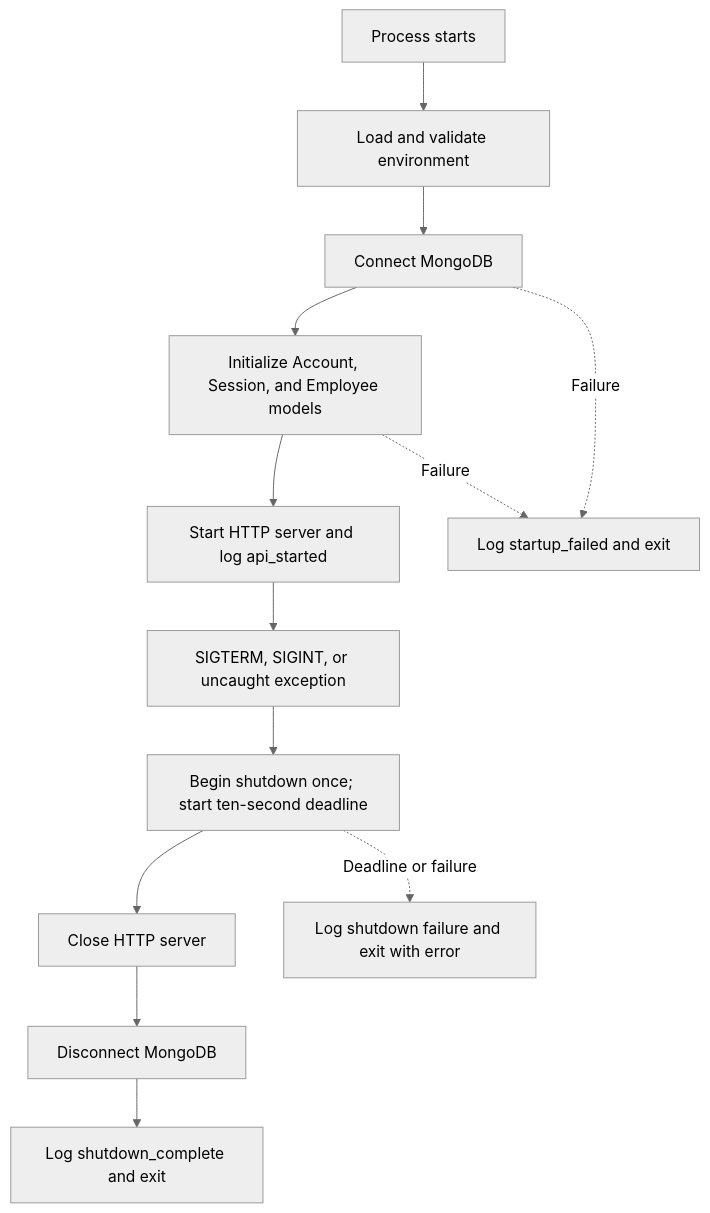
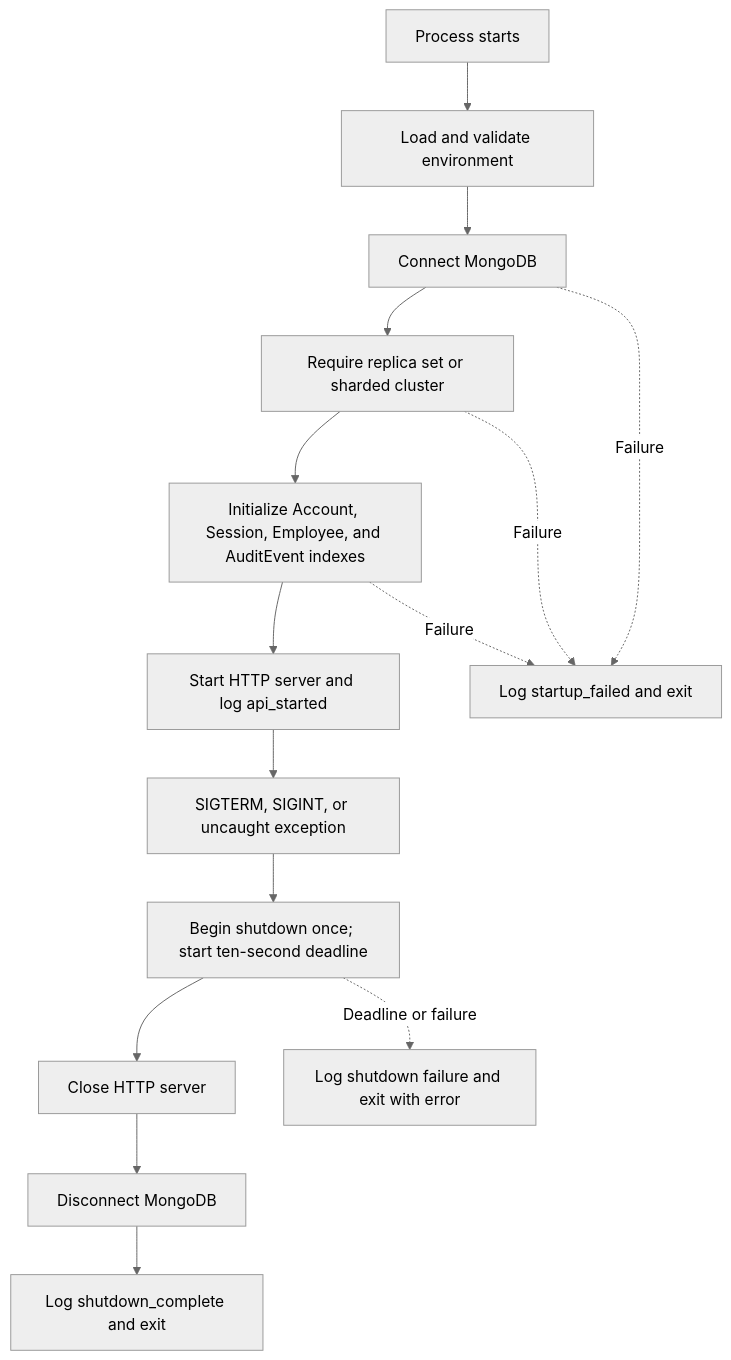
Before and after one commit to herve192-hub/WorkSphere: diagram 19 of 52 in README.md, drawn with Mermaid (neutral theme). The commit also changed other lines of this file and 51 other files, not shown here.

````diff
--- a/README.md
+++ b/README.md
@@ -689,15 +767,17 @@
 ```mermaid
 flowchart TD
     Boot["Process starts"] --> Config["Load and validate environment"]
     Config --> Mongo["Connect MongoDB"]
-    Mongo --> Models["Initialize Account, Session, and Employee models"]
+    Mongo --> Topology["Require replica set or sharded cluster"]
+    Topology --> Models["Initialize Account, Session, Employee, and AuditEvent indexes"]
+    Topology -.->|Failure| Fail
     Models --> Listen["Start HTTP server and log api_started"]
     Mongo -.->|Failure| Fail["Log startup_failed and exit"]
     Models -.->|Failure| Fail
     Signal["SIGTERM, SIGINT, or uncaught exception"] --> Shutdown["Begin shutdown once; start ten-second deadline"]
     Listen --> Signal
     Shutdown --> Close["Close HTTP server"]
     Close --> Disconnect["Disconnect MongoDB"]
     Disconnect --> Exit["Log shutdown_complete and exit"]
     Shutdown -.->|"Deadline or failure"| Forced["Log shutdown failure and exit with error"]
 ```
````
